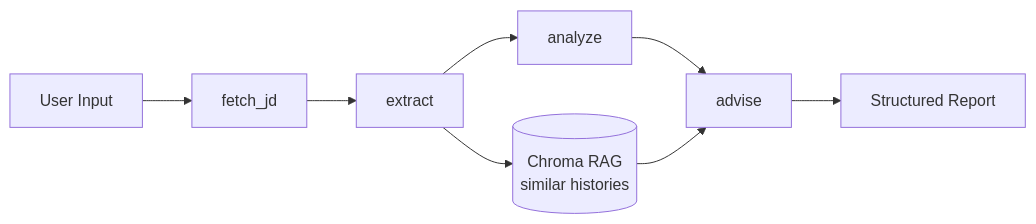
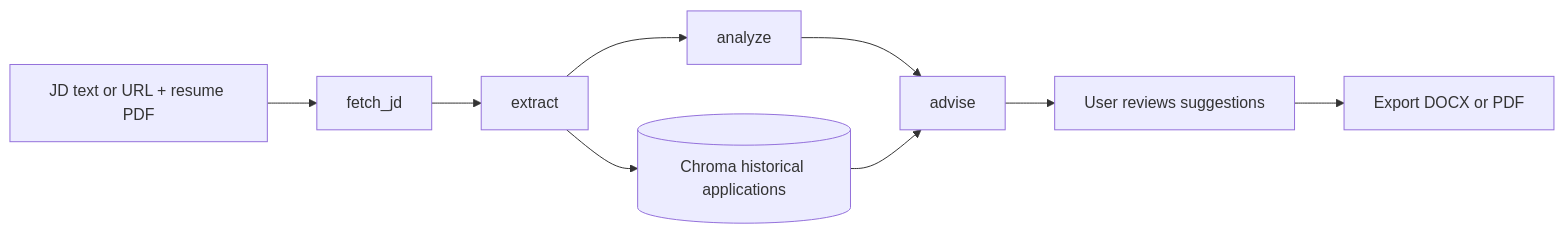
Before and after one commit to BigGooseDun/JobFit-Studio: the diagram in README.md, drawn with Mermaid. The commit also changed other lines of this file and 15 other files, not shown here.

````diff
--- a/README.md
+++ b/README.md
@@ -35,10 +55,11 @@
 ```mermaid
 flowchart LR
-    User[User Input] --> Fetch[fetch_jd]
+    User[JD text or URL + resume PDF] --> Fetch[fetch_jd]
     Fetch --> Extract[extract]
     Extract --> Analyze[analyze]
-    Extract --> Retrieve[(Chroma RAG<br/>similar histories)]
+    Extract --> Retrieve[(Chroma historical applications)]
     Analyze --> Advise[advise]
     Retrieve --> Advise
-    Advise --> Result[Structured Report]
+    Advise --> Review[User reviews suggestions]
+    Review --> Export[Export DOCX or PDF]
 ```
````
